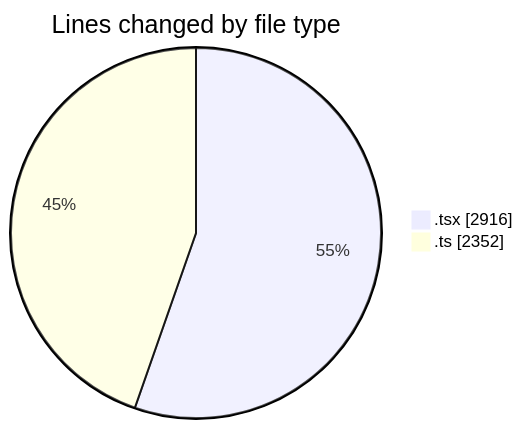
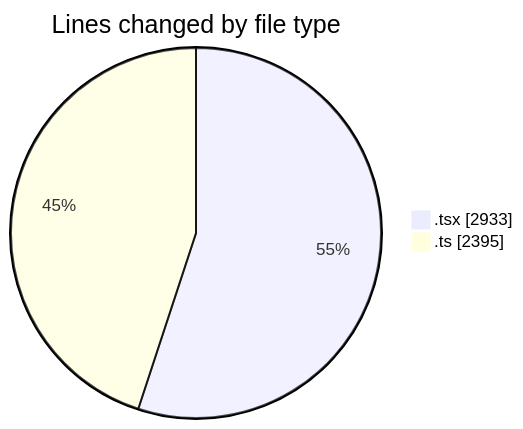
One commit to nxtqubesakshisongat/code-tracking changed the first of 2 diagrams in 2026-02-20/nxtqube_webapp/README.md. Above: the diagram before and after it, drawn with Mermaid. The commit also changed other lines of this file and 1 other file, not shown here.

````diff
--- a/2026-02-20/nxtqube_webapp/README.md
+++ b/2026-02-20/nxtqube_webapp/README.md
@@ -32,6 +32,6 @@
 ```mermaid
 pie showData
 title Lines changed by file type
-".tsx" : 2916
-".ts" : 2352
+".tsx" : 2933
+".ts" : 2395
 ```
````
